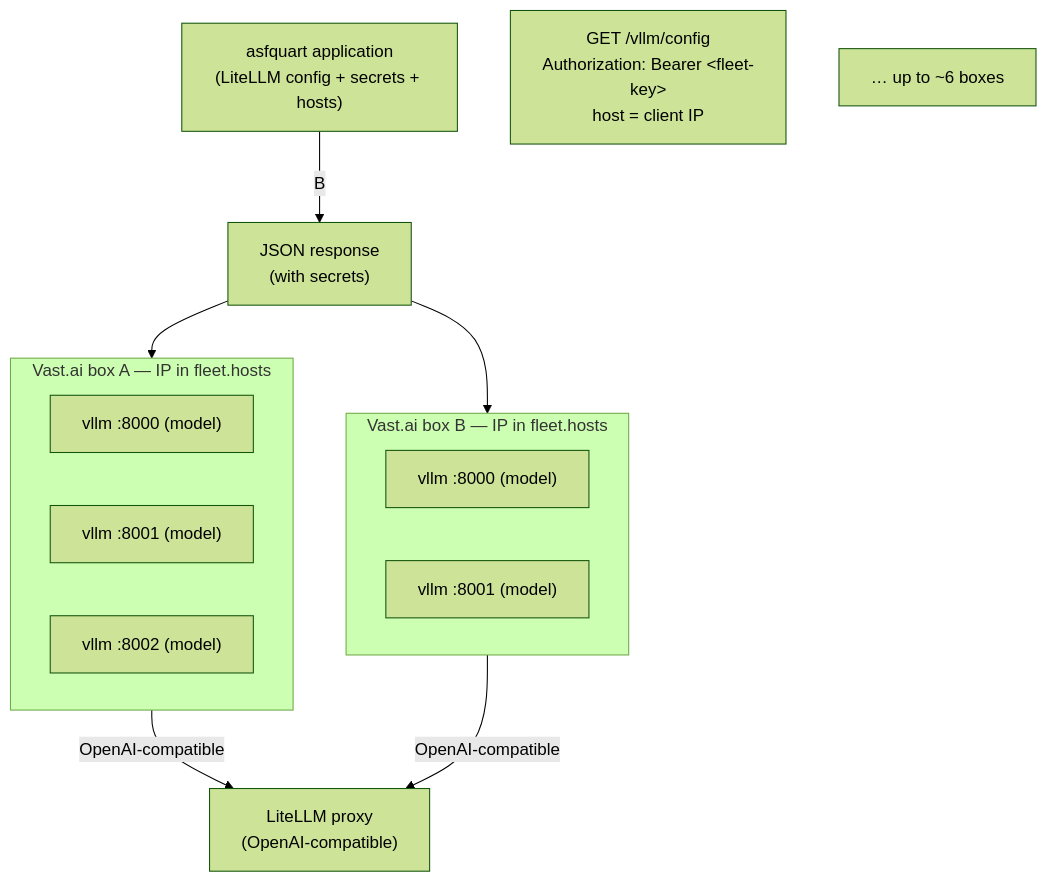
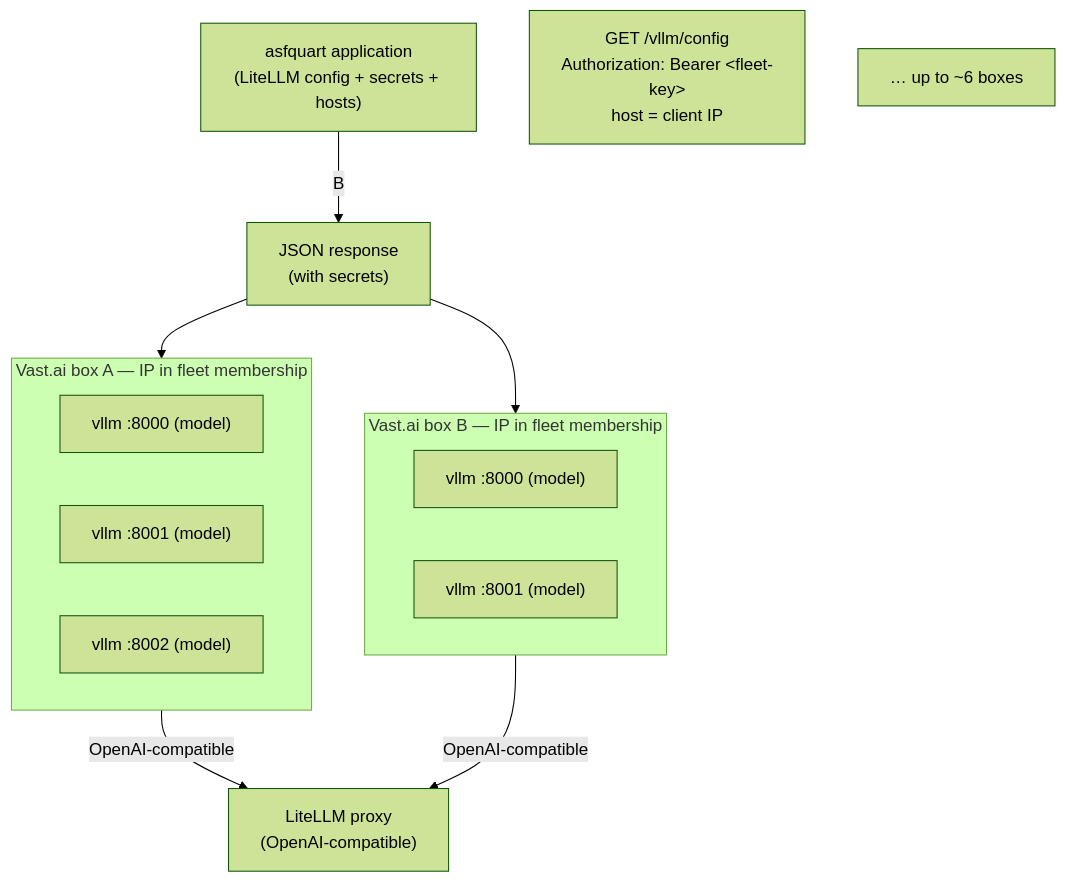
The diagram in docs/vllm-fleet-design.md (apache/tooling-llmao), drawn with Mermaid (forest theme) before and after one commit. The commit also changed other lines of this file and 2 other files, not shown here.

````diff
--- a/docs/vllm-fleet-design.md
+++ b/docs/vllm-fleet-design.md
@@ -28,27 +28,27 @@
 ```mermaid
 flowchart TB
     A["asfquart application<br/>(LiteLLM config + secrets + hosts)"]
     B["GET /vllm/config<br/>Authorization: Bearer &lt;fleet-key&gt;<br/>host = client IP"]
     C["JSON response<br/>(with secrets)"]
 
-    subgraph BoxA["Vast.ai box A — IP in fleet.hosts"]
+    subgraph BoxA["Vast.ai box A — IP in fleet membership"]
         A1["vllm :8000 (model)"]
         A2["vllm :8001 (model)"]
         A3["vllm :8002 (model)"]
     end
 
-    subgraph BoxB["Vast.ai box B — IP in fleet.hosts"]
+    subgraph BoxB["Vast.ai box B — IP in fleet membership"]
         B1["vllm :8000 (model)"]
         B2["vllm :8001 (model)"]
     end
 
     Dots["… up to ~6 boxes"]
 
     L["LiteLLM proxy<br/>(OpenAI-compatible)"]
 
     A -- B --> C
     C --> BoxA
     C --> BoxB
     BoxA -- OpenAI-compatible --> L
     BoxB -- OpenAI-compatible --> L
 ```
````
